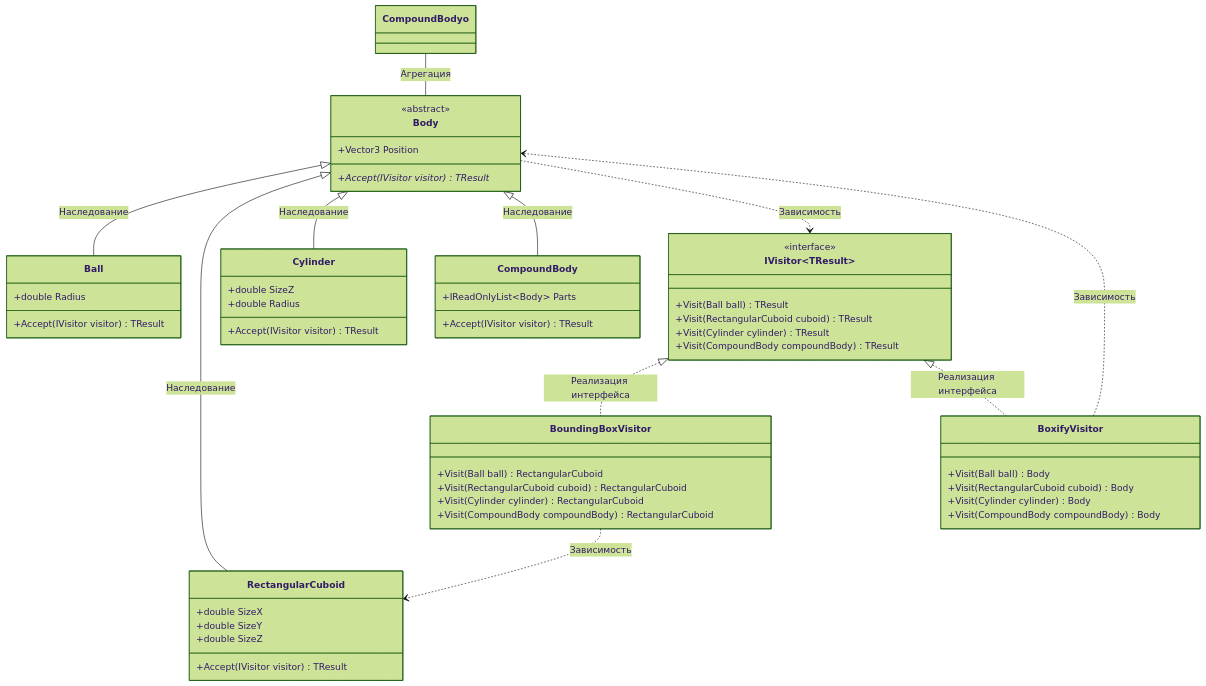
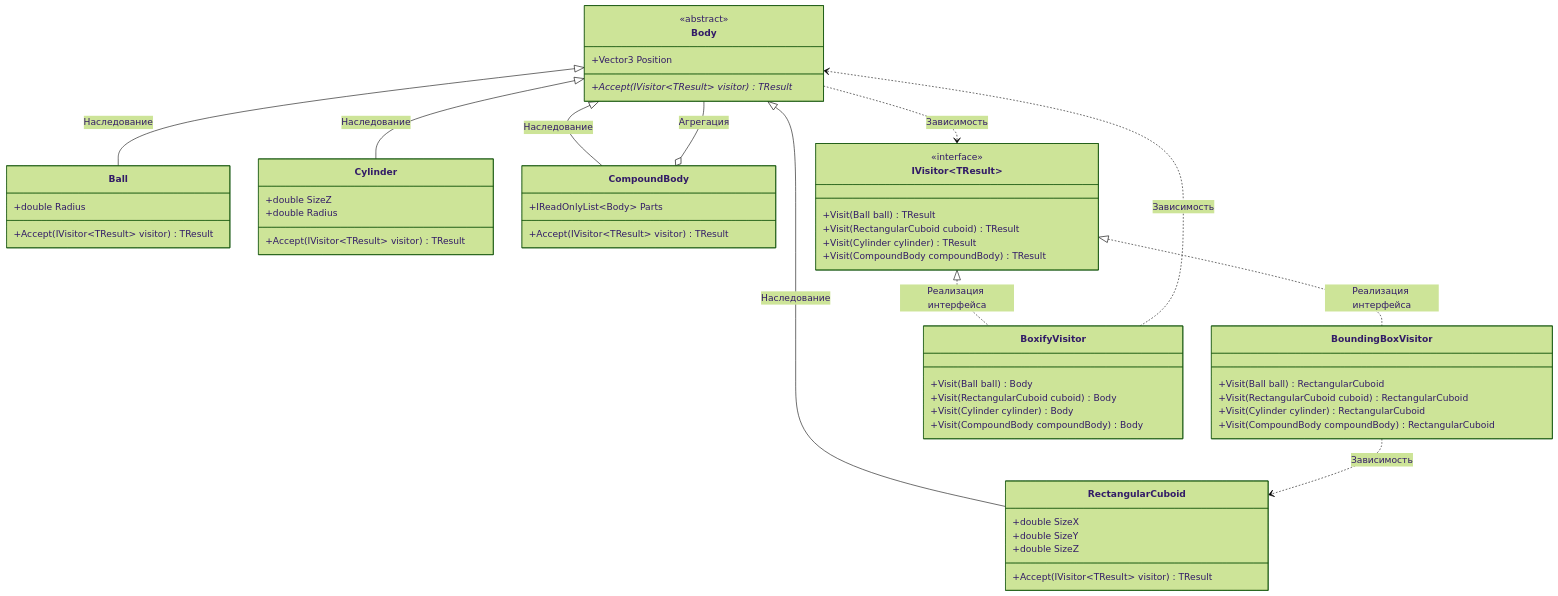
The diagram in geometry-2.md (jfjdksksoslwlwlqlqpqpqpqpjejej-byte/Andrey_Zhukov), drawn with Mermaid (forest theme) before and after one commit.

````diff
--- a/geometry-2.md
+++ b/geometry-2.md
@@ -25,67 +25,67 @@
 ```mermaid
 classDiagram
     class Body {
         <<abstract>>
         +Vector3 Position
-        +Accept(IVisitor visitor)* TResult
+        +Accept(IVisitor~TResult~ visitor)* TResult
     }
 
     class Ball {
         +double Radius
-        +Accept(IVisitor visitor) TResult
+        +Accept(IVisitor~TResult~ visitor) TResult
     }
 
     class RectangularCuboid {
         +double SizeX
         +double SizeY
         +double SizeZ
-        +Accept(IVisitor visitor) TResult
+        +Accept(IVisitor~TResult~ visitor) TResult
     }
 
     class Cylinder {
         +double SizeZ
         +double Radius
-        +Accept(IVisitor visitor) TResult
+        +Accept(IVisitor~TResult~ visitor) TResult
     }
 
     class CompoundBody {
         +IReadOnlyList~Body~ Parts
-        +Accept(IVisitor visitor) TResult
+        +Accept(IVisitor~TResult~ visitor) TResult
     }
 
     class IVisitor~TResult~ {
         <<interface>>
         +Visit(Ball ball) TResult
         +Visit(RectangularCuboid cuboid) TResult
         +Visit(Cylinder cylinder) TResult
         +Visit(CompoundBody compoundBody) TResult
     }
 
     class BoundingBoxVisitor {
         +Visit(Ball ball) RectangularCuboid
         +Visit(RectangularCuboid cuboid) RectangularCuboid
         +Visit(Cylinder cylinder) RectangularCuboid
         +Visit(CompoundBody compoundBody) RectangularCuboid
     }
 
     class BoxifyVisitor {
         +Visit(Ball ball) Body
         +Visit(RectangularCuboid cuboid) Body
         +Visit(Cylinder cylinder) Body
         +Visit(CompoundBody compoundBody) Body
     }
 
     Body<|--Ball : Наследование 
     Body<|--RectangularCuboid : Наследование 
     Body<|--Cylinder : Наследование 
     Body<|--CompoundBody : Наследование 
 
     IVisitor<|..BoundingBoxVisitor : Реализация интерфейса
     IVisitor<|..BoxifyVisitor : Реализация интерфейса
 
-    CompoundBodyo--Body : Агрегация
+    CompoundBody o-- Body : Агрегация
 
     Body..>IVisitor : Зависимость
     BoundingBoxVisitor..>RectangularCuboid : Зависимость
     BoxifyVisitor..>Body : Зависимость
 ```
````
